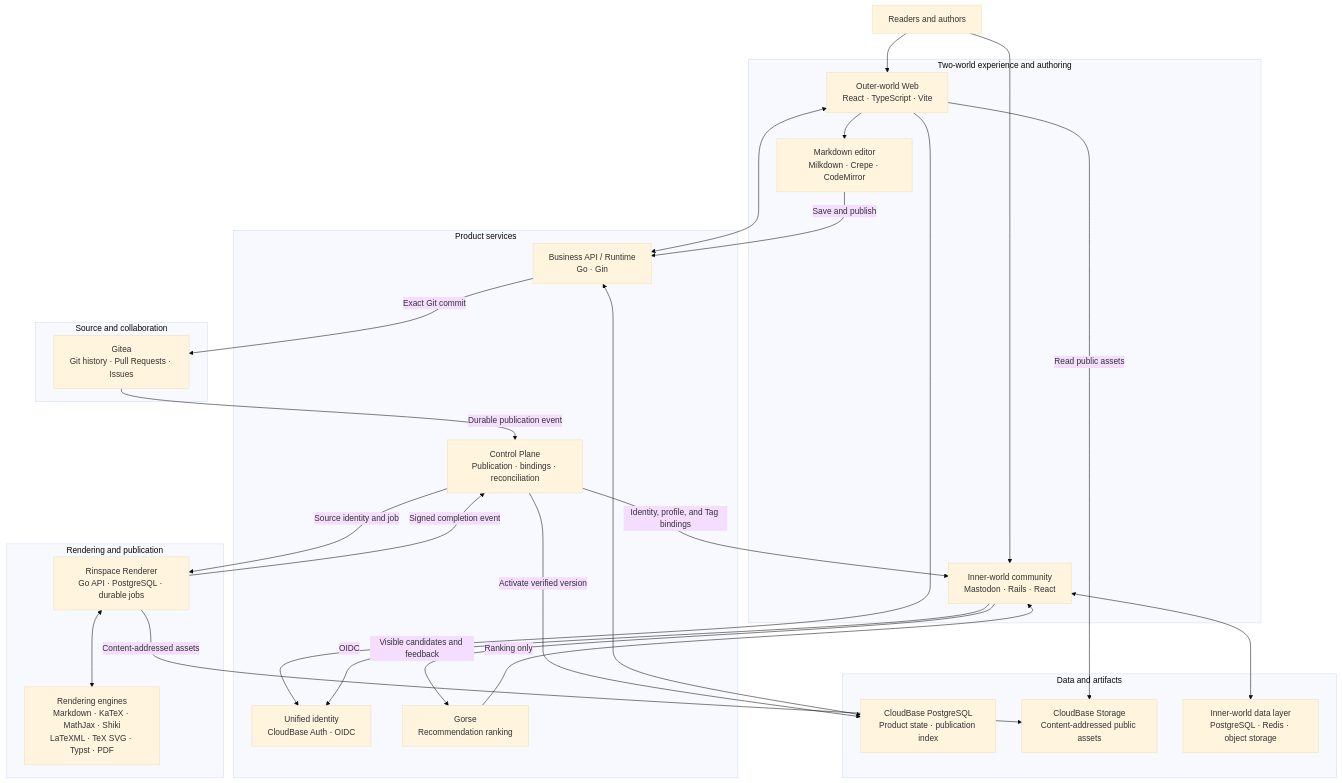
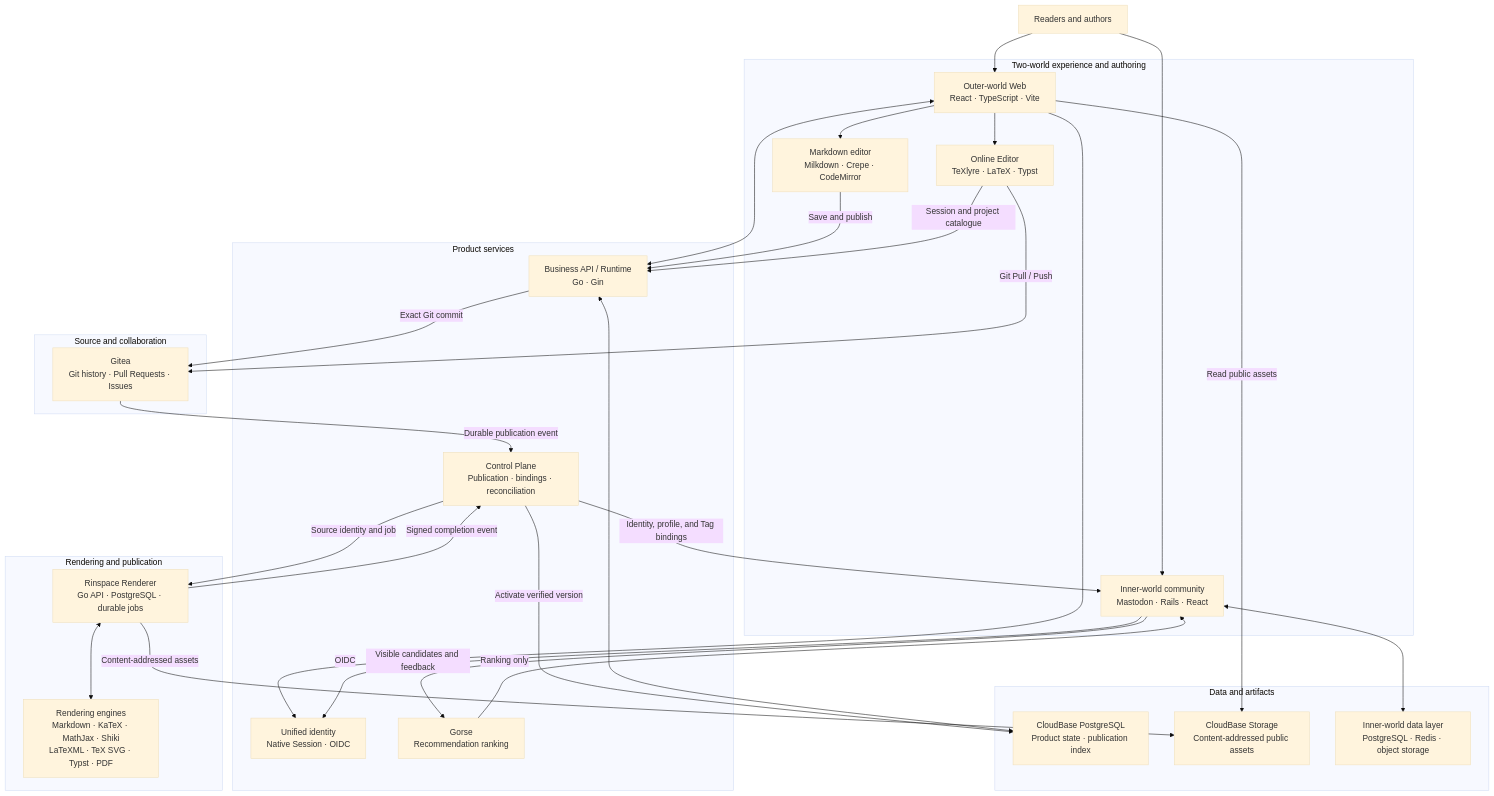
One commit to rinspacehq/.github changed the diagram in profile/README_EN.md. Above: the diagram before and after it, drawn with Mermaid (base theme). The commit also changed other lines of this file and 1 other file, not shown here.

Commit message:
docs(profile): refresh projects, deployed versions and online editor

````diff
--- a/profile/README_EN.md
+++ b/profile/README_EN.md
@@ -22,53 +27,57 @@
 ```mermaid
 flowchart TB
     USER["Readers and authors"]
 
     subgraph EXPERIENCE["Two-world experience and authoring"]
         OUTER["Outer-world Web<br/>React · TypeScript · Vite"]
         EDITOR["Markdown editor<br/>Milkdown · Crepe · CodeMirror"]
+        WORKSPACE["Online Editor<br/>TeXlyre · LaTeX · Typst"]
         INNER["Inner-world community<br/>Mastodon · Rails · React"]
     end
 
     subgraph PRODUCT["Product services"]
         API["Business API / Runtime<br/>Go · Gin"]
-        IDENTITY["Unified identity<br/>CloudBase Auth · OIDC"]
+        IDENTITY["Unified identity<br/>Native Session · OIDC"]
         CONTROL["Control Plane<br/>Publication · bindings · reconciliation"]
         GORSE["Gorse<br/>Recommendation ranking"]
     end
 
     subgraph SOURCE["Source and collaboration"]
         GITEA["Gitea<br/>Git history · Pull Requests · Issues"]
     end
 
     subgraph RENDERING["Rendering and publication"]
         RENDERER["Rinspace Renderer<br/>Go API · PostgreSQL · durable jobs"]
         ENGINES["Rendering engines<br/>Markdown · KaTeX · MathJax · Shiki<br/>LaTeXML · TeX SVG · Typst · PDF"]
     end
 
     subgraph DATA["Data and artifacts"]
         DATABASE["CloudBase PostgreSQL<br/>Product state · publication index"]
         STORAGE["CloudBase Storage<br/>Content-addressed public assets"]
         SOCIAL["Inner-world data layer<br/>PostgreSQL · Redis · object storage"]
     end
 
     USER --> OUTER
     USER --> INNER
     OUTER --> EDITOR
+    OUTER --> WORKSPACE
     OUTER <--> API
     OUTER --> IDENTITY
     INNER -->|OIDC| IDENTITY
     EDITOR -->|Save and publish| API
+    WORKSPACE -->|Session and project catalogue| API
+    WORKSPACE -->|Git Pull / Push| GITEA
     API -->|Exact Git commit| GITEA
     GITEA -->|Durable publication event| CONTROL
     CONTROL -->|Source identity and job| RENDERER
     RENDERER <--> ENGINES
     RENDERER -->|Content-addressed assets| STORAGE
     RENDERER -->|Signed completion event| CONTROL
     CONTROL -->|Activate verified version| DATABASE
     API <--> DATABASE
     OUTER -->|Read public assets| STORAGE
     CONTROL -->|Identity, profile, and Tag bindings| INNER
     INNER <--> SOCIAL
     INNER -->|Visible candidates and feedback| GORSE
     GORSE -->|Ranking only| INNER
 ```
````
